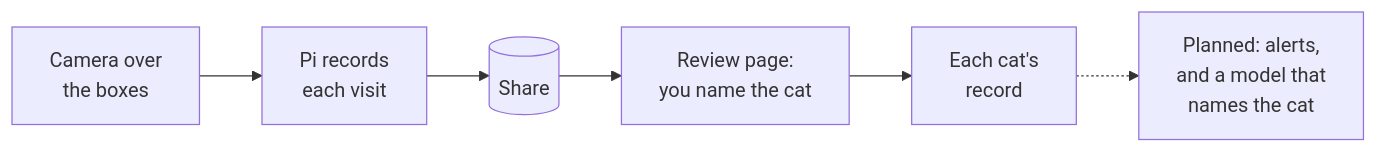
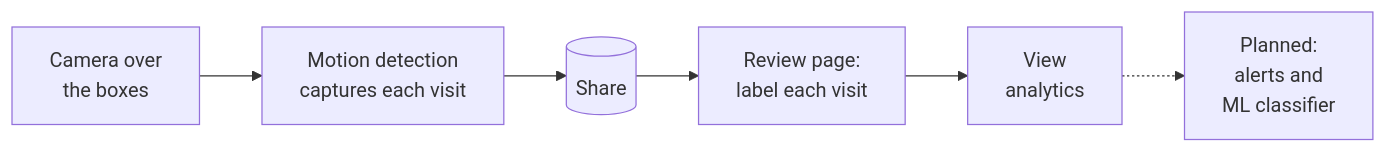
The diagram in README.md (Thinmindt/CatDetector), drawn with Mermaid before and after one commit. The commit also changed other lines of this file and 1 other file, not shown here.

````diff
--- a/README.md
+++ b/README.md
@@ -12,8 +15,8 @@
 ```mermaid
 flowchart LR
-  cam["Camera over<br>the boxes"] --> pi["Pi records<br>each visit"]
+  cam["Camera over<br>the boxes"] --> pi["Motion detection<br>captures each visit"]
   pi --> share[("Share")]
-  share --> review["Review page:<br>you name the cat"]
-  review --> record["Each cat's<br>record"]
-  record -.-> later["Planned: alerts,<br>and a model that<br>names the cat"]
+  share --> review["Review page:<br>label each visit"]
+  review --> record["View<br>analytics"]
+  record -.-> later["Planned:<br>alerts and<br>ML classifier"]
 ```
````
